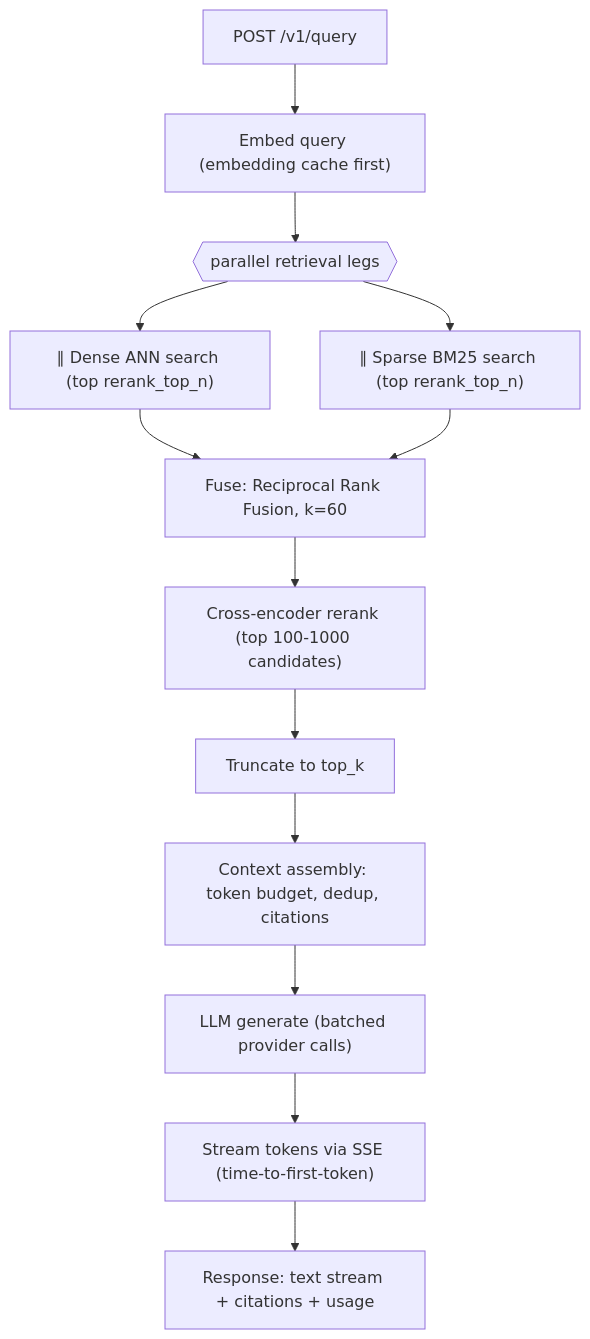
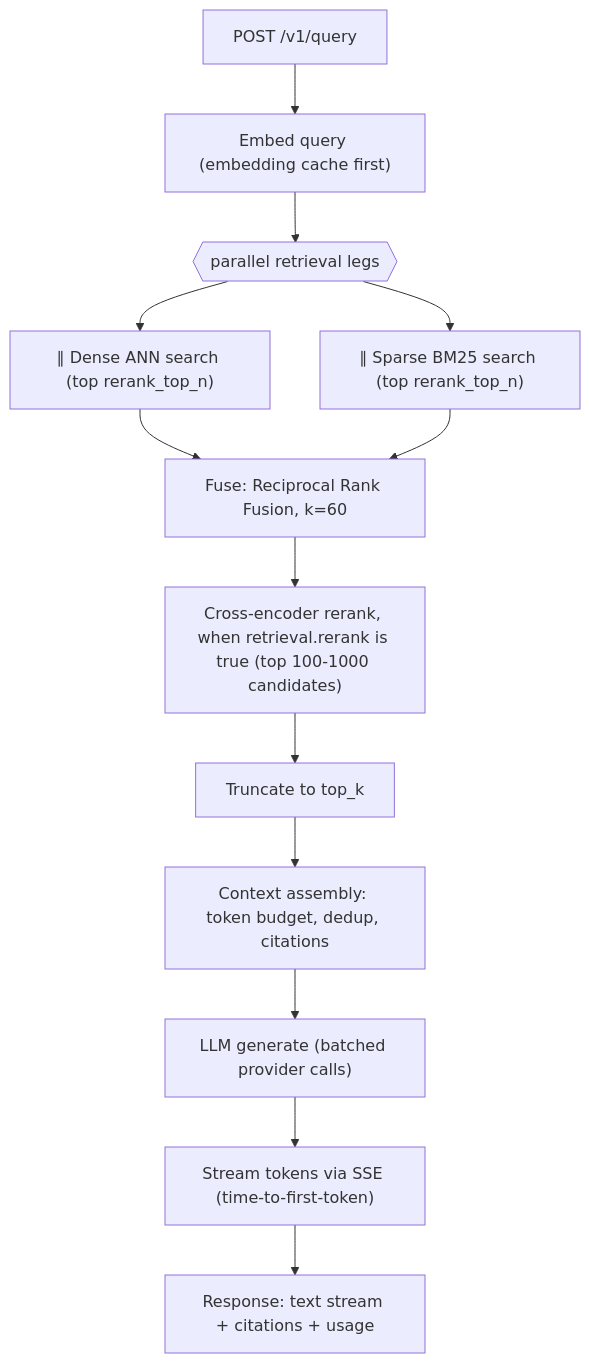
Before and after one commit to balrajsingh165/FasterRag: the third of 5 diagrams in docs/flow.md, drawn with Mermaid. The commit also changed 23 other files, not shown here.

Commit message:
feat(retrieval): ship cross-encoder reranking off by default (ADR-0010)

````diff
--- a/docs/flow.md
+++ b/docs/flow.md
@@ -56,15 +56,15 @@
 ```mermaid
 flowchart TB
     Q["POST /v1/query"] --> QE["Embed query (embedding cache first)"]
     QE --> PAR{{"parallel retrieval legs"}}
     PAR --> D["∥ Dense ANN search (top rerank_top_n)"]
     PAR --> S["∥ Sparse BM25 search (top rerank_top_n)"]
     D --> F["Fuse: Reciprocal Rank Fusion, k=60"]
     S --> F
-    F --> R["Cross-encoder rerank (top 100-1000 candidates)"]
+    F --> R["Cross-encoder rerank, when retrieval.rerank is true (top 100-1000 candidates)"]
     R --> K["Truncate to top_k"]
     K --> CA["Context assembly: token budget, dedup, citations"]
     CA --> G["LLM generate (batched provider calls)"]
     G --> ST["Stream tokens via SSE (time-to-first-token)"]
     ST --> RESP["Response: text stream + citations + usage"]
 ```
````
